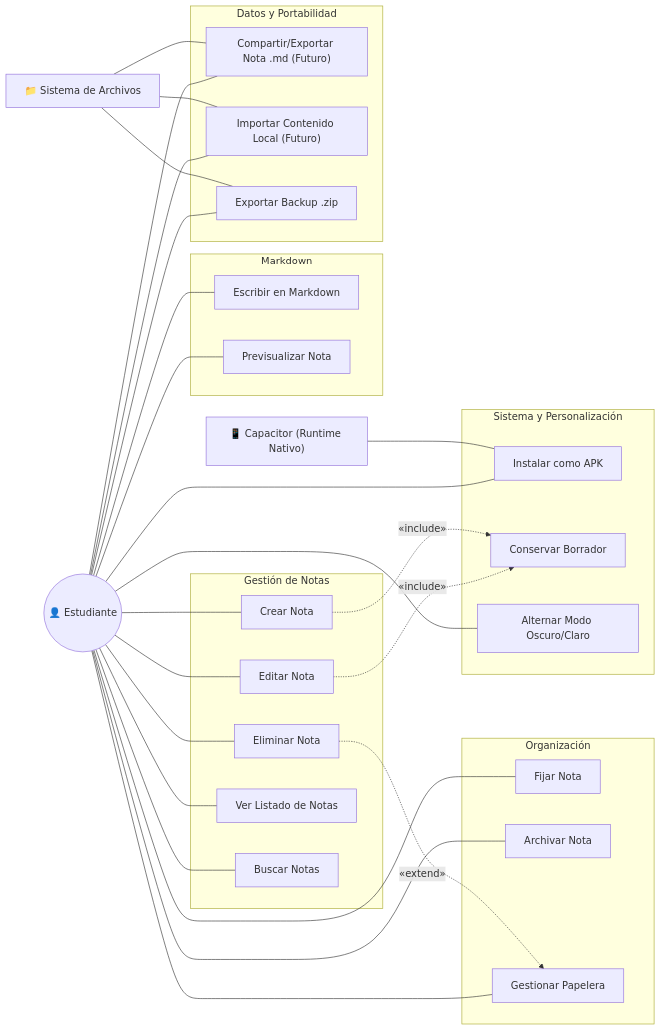
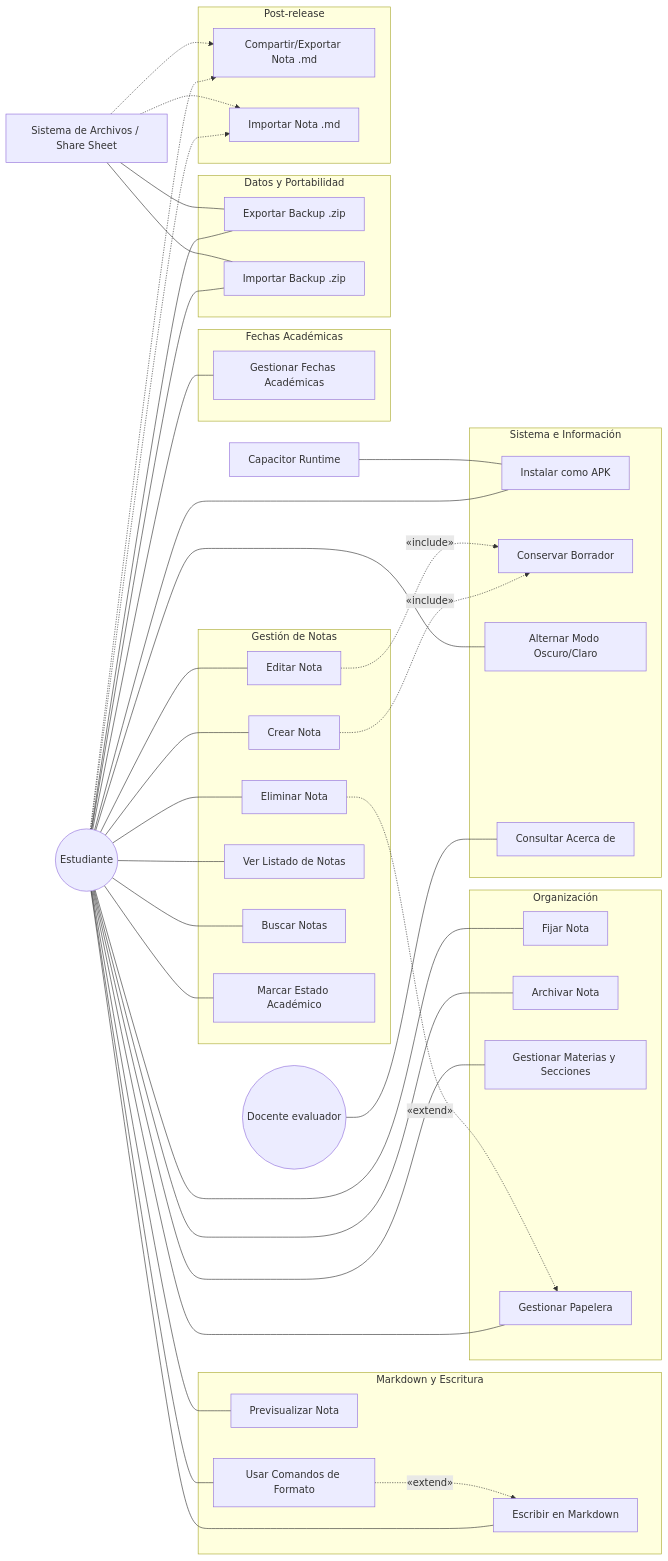
The diagram in docs/diagramas/casos-de-uso.md (jdfesa/lumapse), drawn with Mermaid before and after one commit. The commit also changed other lines of this file and 2 other files, not shown here.

Commit message:
docs(diagrams): update Mermaid diagrams to align with current app features

````diff
--- a/docs/diagramas/casos-de-uso.md
+++ b/docs/diagramas/casos-de-uso.md
@@ -19,47 +19,62 @@
 ```mermaid
 flowchart LR
-    %% ── Actores ──
-    EST(("👤 Estudiante"))
-    CAP["📱 Capacitor (Runtime Nativo)"]
-    FS["📁 Sistema de Archivos"]
+    %% Actores
+    EST(("Estudiante"))
+    EVAL(("Docente evaluador"))
+    CAP["Capacitor Runtime"]
+    FS["Sistema de Archivos / Share Sheet"]
 
-    %% ── Casos de Uso: Gestión de Notas ──
+    %% Casos de Uso: Gestión de Notas
     subgraph NOTAS ["Gestión de Notas"]
         UC01["Crear Nota"]
         UC02["Editar Nota"]
         UC03["Eliminar Nota"]
         UC04["Ver Listado de Notas"]
         UC05["Buscar Notas"]
+        UC18["Marcar Estado Académico"]
     end
 
-    %% ── Casos de Uso: Organización ──
+    %% Casos de Uso: Organización
     subgraph ORG ["Organización"]
         UC06["Fijar Nota"]
         UC07["Archivar Nota"]
+        UC17["Gestionar Materias y Secciones"]
         UC16["Gestionar Papelera"]
     end
 
-    %% ── Casos de Uso: Markdown ──
-    subgraph MD ["Markdown"]
+    %% Casos de Uso: Markdown
+    subgraph MD ["Markdown y Escritura"]
         UC08["Escribir en Markdown"]
         UC09["Previsualizar Nota"]
+        UC19["Usar Comandos de Formato"]
     end
 
-    %% ── Casos de Uso: Datos ──
-    subgraph DATOS ["Datos y Portabilidad"]
-        UC10["Compartir/Exportar Nota .md (Futuro)"]
-        UC11["Importar Contenido Local (Futuro)"]
-        UC12["Exportar Backup .zip"]
+    %% Casos de Uso: Fechas Academicas
+    subgraph ACADEMICO ["Fechas Académicas"]
+        UC21["Gestionar Fechas Académicas"]
     end
 
-    %% ── Casos de Uso: Sistema ──
-    subgraph SIS ["Sistema y Personalización"]
+    %% Casos de Uso: Datos
+    subgraph DATOS ["Datos y Portabilidad"]
+        UC12["Exportar Backup .zip"]
+        UC20["Importar Backup .zip"]
+    end
+
+    %% Casos de Uso: Sistema
+    subgraph SIS ["Sistema e Información"]
         UC13["Instalar como APK"]
         UC14["Conservar Borrador"]
         UC15["Alternar Modo Oscuro/Claro"]
+        UC22["Consultar Acerca de"]
     end
 
-    %% ── Relaciones: Estudiante ──
+    %% Casos de Uso: Post-release
+    subgraph FUTURO ["Post-release"]
+        UC10["Compartir/Exportar Nota .md"]
+        UC11["Importar Nota .md"]
+    end
+
+    %% Relaciones: Estudiante
     EST --- UC01
     EST --- UC02
     EST --- UC03
@@ -69,23 +84,31 @@
     EST --- UC07
     EST --- UC08
     EST --- UC09
-    EST --- UC10
-    EST --- UC11
     EST --- UC12
     EST --- UC13
     EST --- UC15
     EST --- UC16
+    EST --- UC17
+    EST --- UC18
+    EST --- UC19
+    EST --- UC20
+    EST --- UC21
+    EST -.-> UC10
+    EST -.-> UC11
 
-    %% ── Relaciones: include ──
+    %% Relaciones: Evaluador
+    EVAL --- UC22
+
+    %% Relaciones: include / extend
+    UC01 -.->|"«include»"| UC14
     UC02 -.->|"«include»"| UC14
-    UC01 -.->|"«include»"| UC14
-
-    %% ── Relaciones: extend ──
+    UC19 -.->|"«extend»"| UC08
     UC03 -.->|"«extend»"| UC16
 
-    %% ── Relaciones: Sistema ──
+    %% Relaciones: Sistema
     CAP --- UC13
-    FS --- UC10
-    FS --- UC11
     FS --- UC12
+    FS --- UC20
+    FS -.-> UC10
+    FS -.-> UC11
 ```
````
